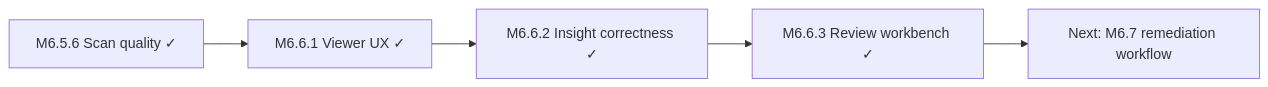
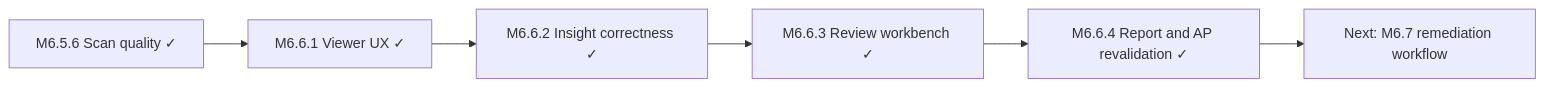
Before and after one commit to ZeonZheng/fabric-semantic-model-optimization: the diagram in README.md, drawn with Mermaid. The commit also changed other lines of this file and 8 other files, not shown here.

````diff
--- a/README.md
+++ b/README.md
@@ -240,7 +252,8 @@
 ```mermaid
 flowchart LR
     A["M6.5.6 Scan quality ✓"] --> B["M6.6.1 Viewer UX ✓"]
     B --> C["M6.6.2 Insight correctness ✓"]
     C --> D["M6.6.3 Review workbench ✓"]
-    D --> E["Next: M6.7 remediation workflow"]
+    D --> E["M6.6.4 Report and AP revalidation ✓"]
+    E --> F["Next: M6.7 remediation workflow"]
 ```
````
